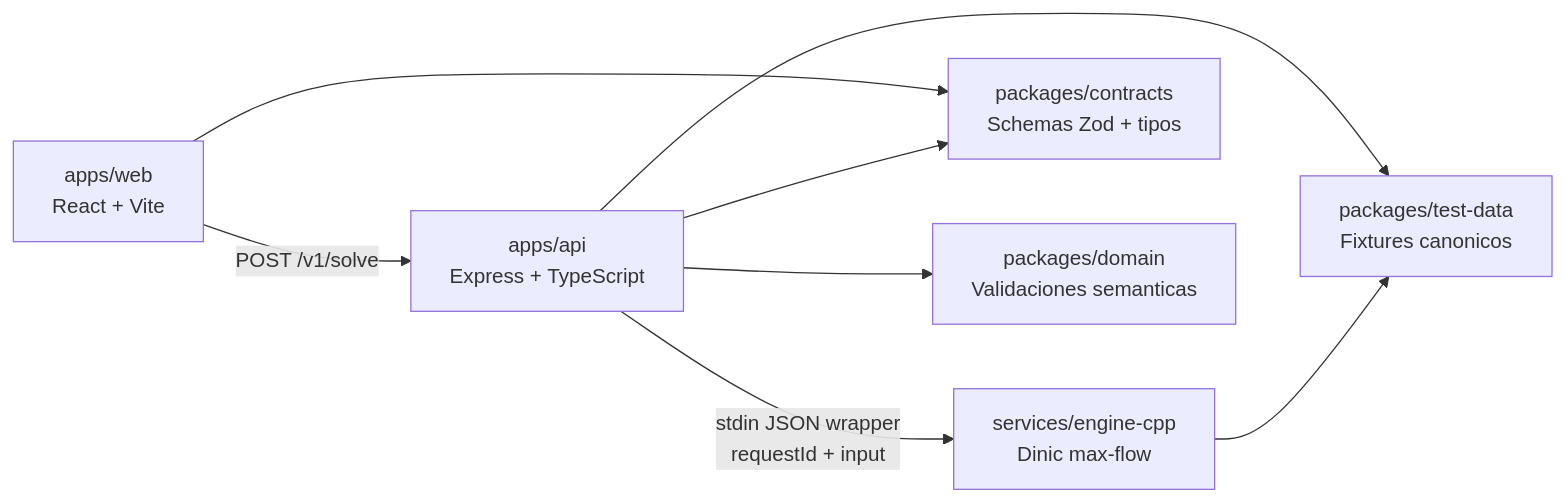
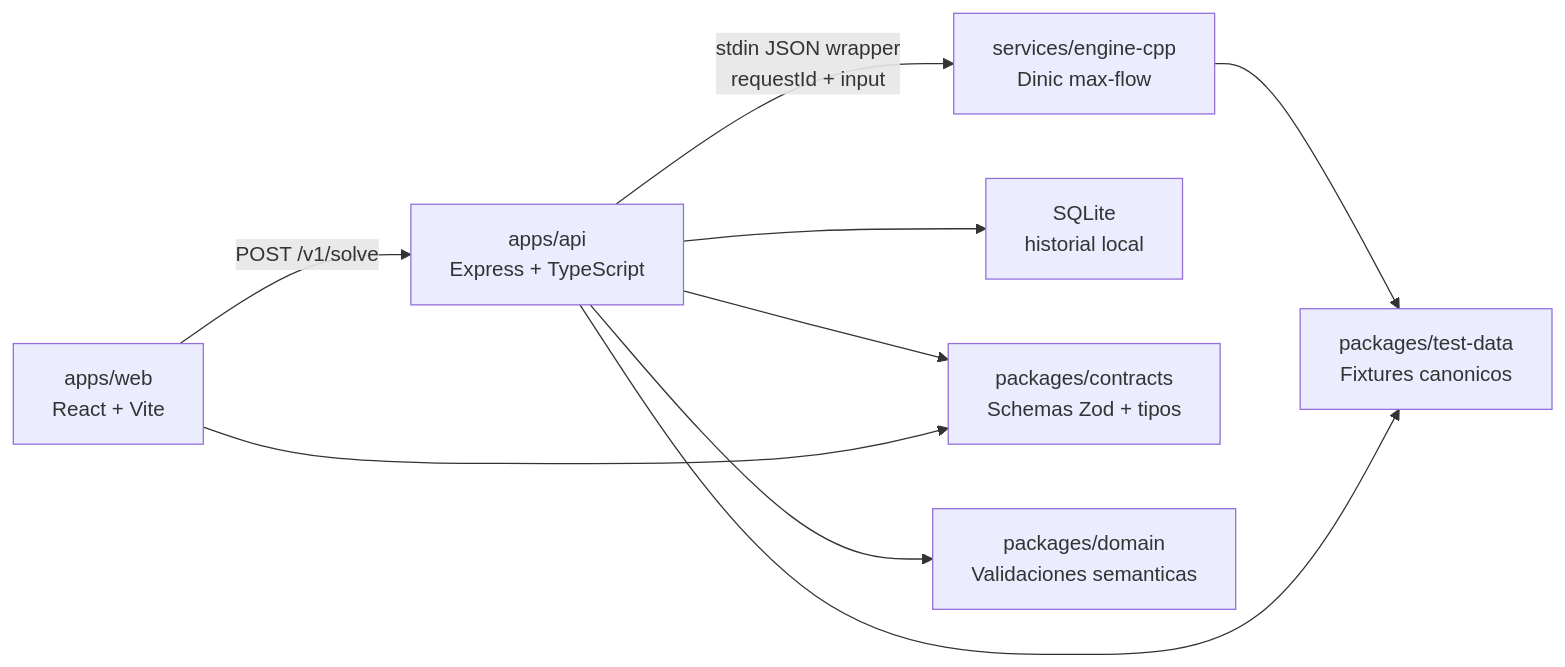
One commit to nardos322/max-flow-optimizer changed the diagram in README.md. Above: the diagram before and after it, drawn with Mermaid. The commit also changed other lines of this file and 3 other files, not shown here.

````diff
--- a/README.md
+++ b/README.md
@@ -82,10 +87,11 @@
 ```mermaid
 flowchart LR
   UI["apps/web<br/>React + Vite"] -->|"POST /v1/solve"| API["apps/api<br/>Express + TypeScript"]
   API -->|"stdin JSON wrapper<br/>requestId + input"| ENGINE["services/engine-cpp<br/>Dinic max-flow"]
+  API --> SQLITE["SQLite<br/>historial local"]
   API --> CONTRACTS["packages/contracts<br/>Schemas Zod + tipos"]
   API --> DOMAIN["packages/domain<br/>Validaciones semanticas"]
   UI --> CONTRACTS
   ENGINE --> FIXTURES["packages/test-data<br/>Fixtures canonicos"]
   API --> FIXTURES
 ```
````
